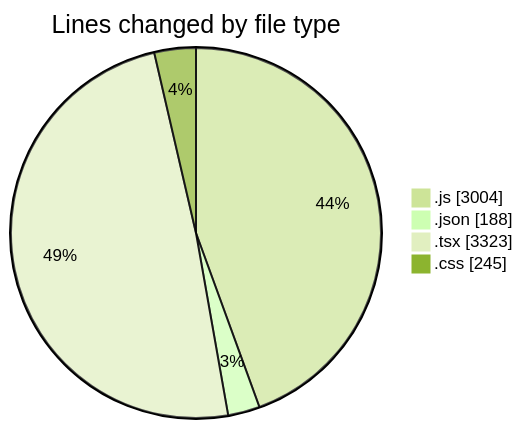
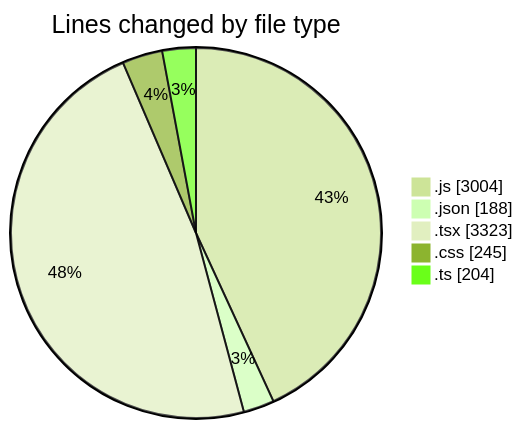
The first of 2 diagrams in 2025-08-09/napxuvn/README.md (lephambinh05/code-tracking), drawn with Mermaid (forest theme) before and after one commit. The commit also changed other lines of this file and 1 other file, not shown here.

````diff
--- a/2025-08-09/napxuvn/README.md
+++ b/2025-08-09/napxuvn/README.md
@@ -59,8 +60,9 @@
 ```mermaid
 pie showData
 title Lines changed by file type
 ".js" : 3004
 ".json" : 188
 ".tsx" : 3323
 ".css" : 245
+".ts" : 204
 ```
````
